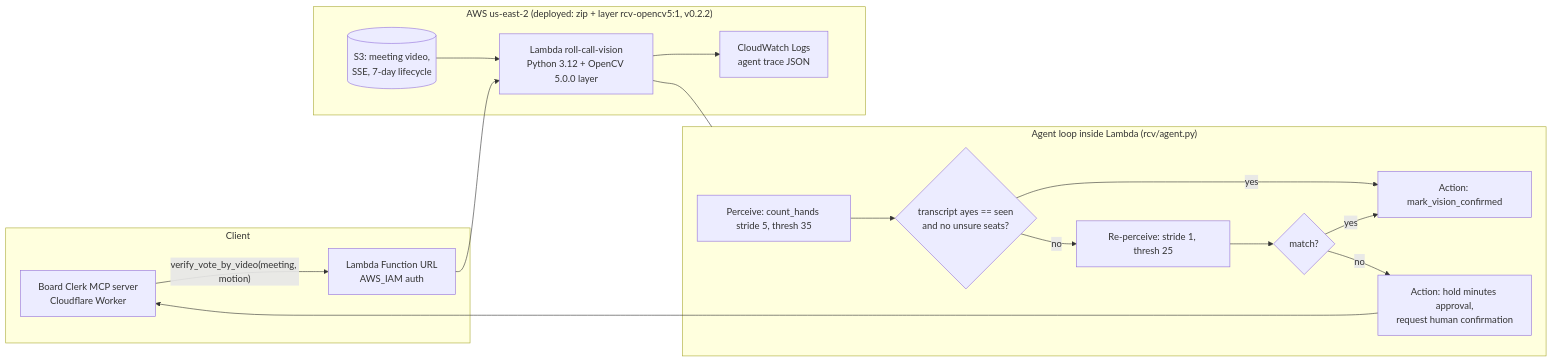
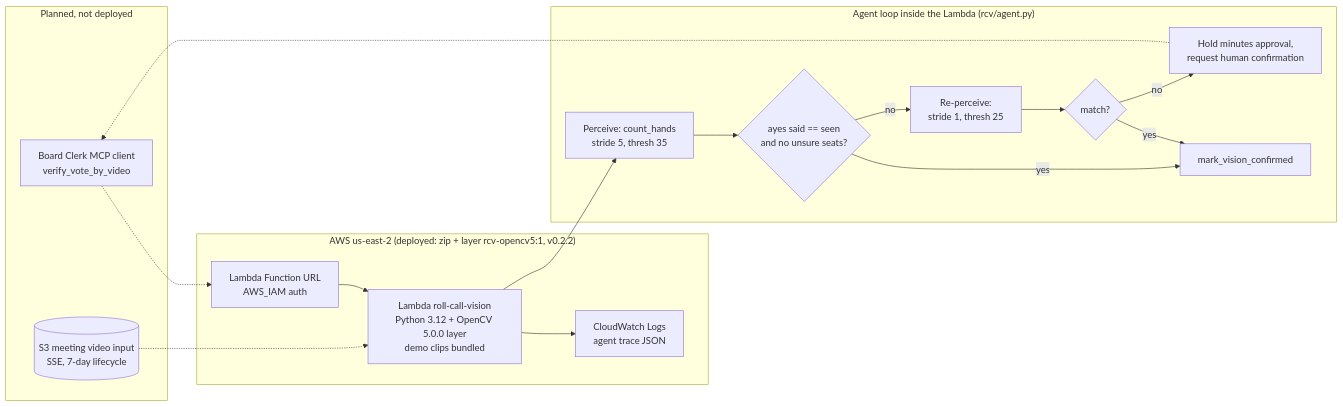
Before and after one commit to by42ppcrps-dev/roll-call-vision: the diagram in docs/ARCHITECTURE.md, drawn with Mermaid. The commit also changed other lines of this file and 7 other files, not shown here.

Commit message:
Docs: label planned parts (S3 input, Board Clerk client) as not deployed, redraw architecture, add agent trace, precise eval wording

````diff
--- a/docs/ARCHITECTURE.md
+++ b/docs/ARCHITECTURE.md
@@ -3,21 +3,29 @@
 ```mermaid
 flowchart LR
-  subgraph Client
-    BC[Board Clerk MCP server\nCloudflare Worker] -- "verify_vote_by_video(meeting, motion)" --> API
+  subgraph Planned["Planned, not deployed"]
+    BC[Board Clerk MCP client<br>verify_vote_by_video]
+    S3[(S3 meeting video input<br>SSE, 7-day lifecycle)]
   end
   subgraph AWS["AWS us-east-2 (deployed: zip + layer rcv-opencv5:1, v0.2.2)"]
-    API[Lambda Function URL\nAWS_IAM auth] --> L[Lambda roll-call-vision\nPython 3.12 + OpenCV 5.0.0 layer]
-    S3[(S3: meeting video,\nSSE, 7-day lifecycle)] --> L
-    L --> CW[CloudWatch Logs\nagent trace JSON]
+    API[Lambda Function URL<br>AWS_IAM auth]
+    L[Lambda roll-call-vision<br>Python 3.12 + OpenCV 5.0.0 layer<br>demo clips bundled]
+    CW[CloudWatch Logs<br>agent trace JSON]
   end
-  subgraph Agent["Agent loop inside Lambda (rcv/agent.py)"]
-    P1[Perceive: count_hands stride 5, thresh 35] --> D{transcript ayes == seen\nand no unsure seats?}
-    D -- yes --> A1[Action: mark_vision_confirmed]
-    D -- no --> P2[Re-perceive: stride 1, thresh 25]
-    P2 --> D2{match?}
-    D2 -- yes --> A1
-    D2 -- no --> A2[Action: hold minutes approval,\nrequest human confirmation]
+  subgraph Agent["Agent loop inside the Lambda (rcv/agent.py)"]
+    P1[Perceive: count_hands<br>stride 5, thresh 35]
+    D{ayes said == seen<br>and no unsure seats?}
+    P2[Re-perceive:<br>stride 1, thresh 25]
+    D2{match?}
+    A1[mark_vision_confirmed]
+    A2[Hold minutes approval,<br>request human confirmation]
   end
-  L --- Agent
-  A2 --> BC
+  API --> L --> CW
+  L --> P1 --> D
+  D -- yes --> A1
+  D -- no --> P2 --> D2
+  D2 -- yes --> A1
+  D2 -- no --> A2
+  BC -.-> API
+  S3 -.-> L
+  A2 -.-> BC
 ```
````
